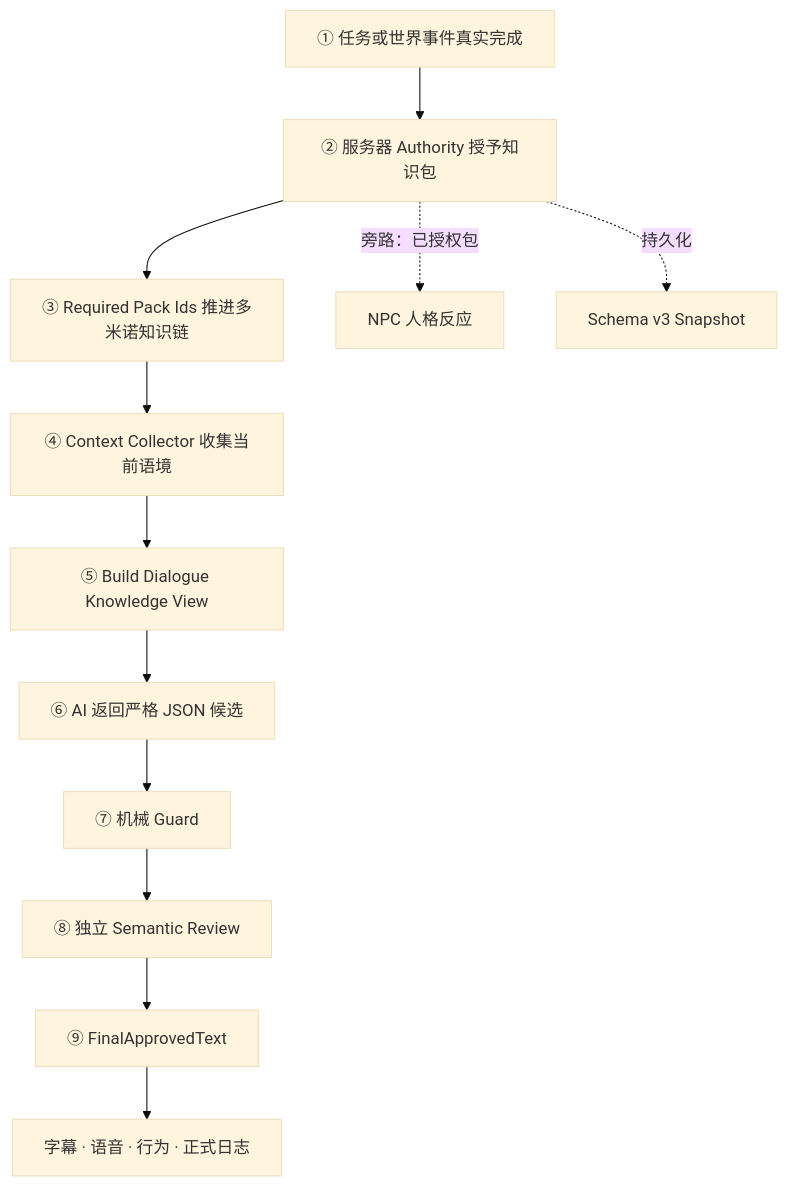
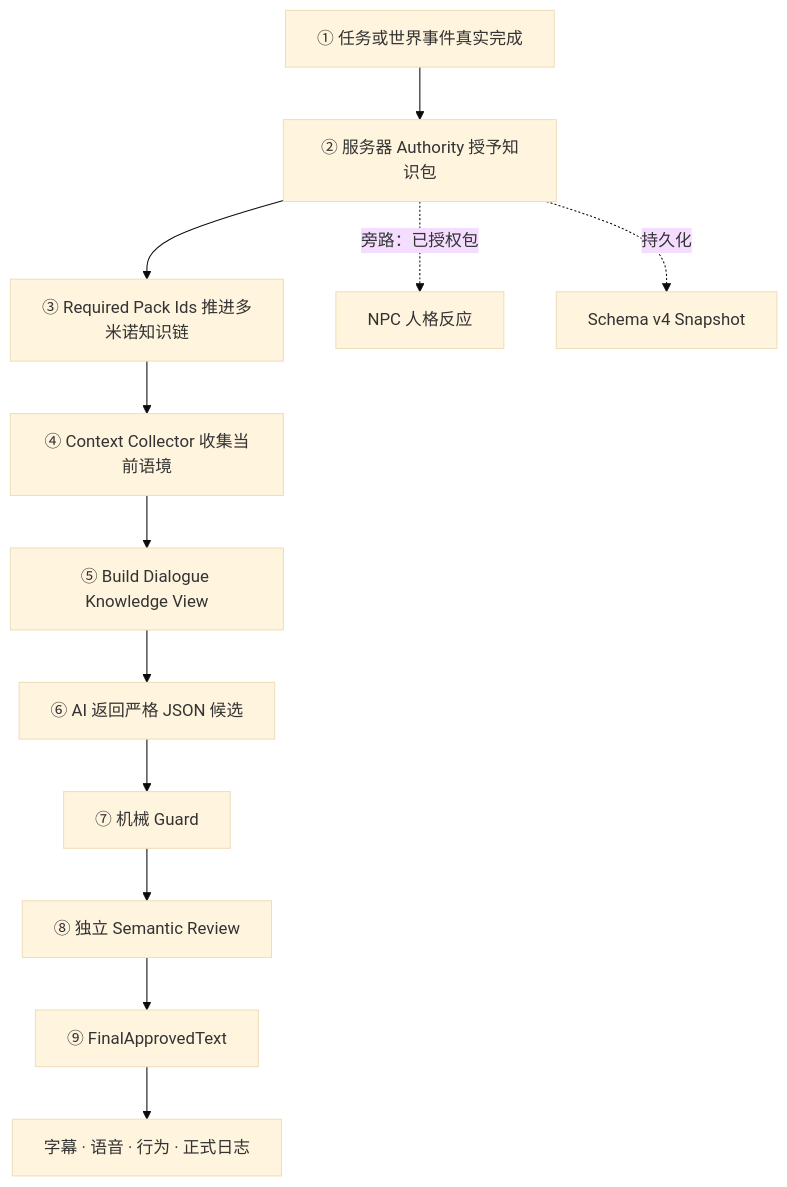
One commit to xunyv111/MyAiTownKnowledgeGrant changed the first of 5 diagrams in README.md. Above: the diagram before and after it, drawn with Mermaid (base theme). The commit also changed other lines of this file and 21 other files, not shown here.

````diff
--- a/README.md
+++ b/README.md
@@ -39,15 +39,15 @@
 ```mermaid
 flowchart TD
     A["① 任务或世界事件真实完成"] --> B["② 服务器 Authority 授予知识包"]
     B --> C["③ Required Pack Ids 推进多米诺知识链"]
     C --> D["④ Context Collector 收集当前语境"]
     D --> E["⑤ Build Dialogue Knowledge View"]
     E --> F["⑥ AI 返回严格 JSON 候选"]
     F --> G["⑦ 机械 Guard"]
     G --> H["⑧ 独立 Semantic Review"]
     H --> I["⑨ FinalApprovedText"]
     I --> J["字幕 · 语音 · 行为 · 正式日志"]
 
     B -. "旁路：已授权包" .-> K["NPC 人格反应"]
-    B -. "持久化" .-> L["Schema v3 Snapshot"]
+    B -. "持久化" .-> L["Schema v4 Snapshot"]
 ```
````
